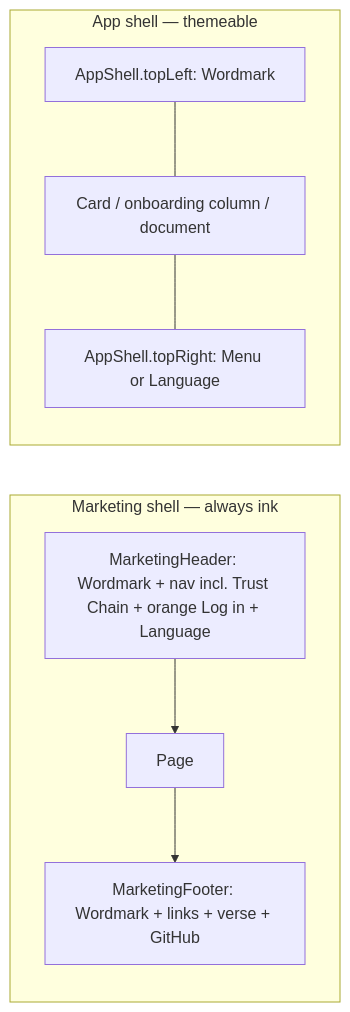
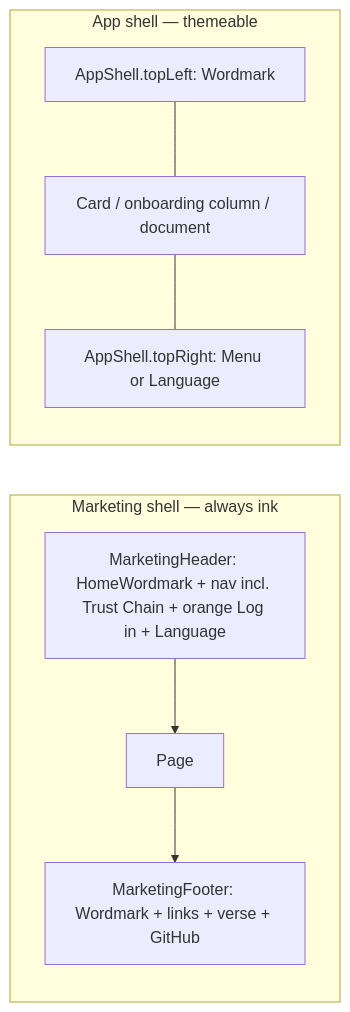
One commit to 21gifts/app changed the third of 3 diagrams in docs/ui.md. Above: the diagram before and after it, drawn with Mermaid. The commit also changed other lines of this file and 13 other files, not shown here.

````diff
--- a/docs/ui.md
+++ b/docs/ui.md
@@ -432,15 +432,15 @@
 ```mermaid
 flowchart LR
   subgraph marketingShell [Marketing shell — always ink]
-    MH[MarketingHeader: Wordmark + nav incl. Trust Chain + orange Log in + Language]
+    MH[MarketingHeader: HomeWordmark + nav incl. Trust Chain + orange Log in + Language]
     MC[Page]
     MF[MarketingFooter: Wordmark + links + verse + GitHub]
   end
   subgraph appShell [App shell — themeable]
     PL[AppShell.topLeft: Wordmark]
     PR[AppShell.topRight: Menu or Language]
     BODY[Card / onboarding column / document]
   end
   MH --> MC --> MF
   PL --- BODY --- PR
 ```
````
